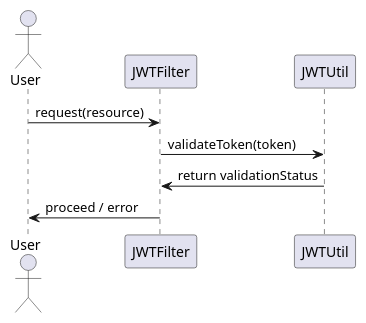
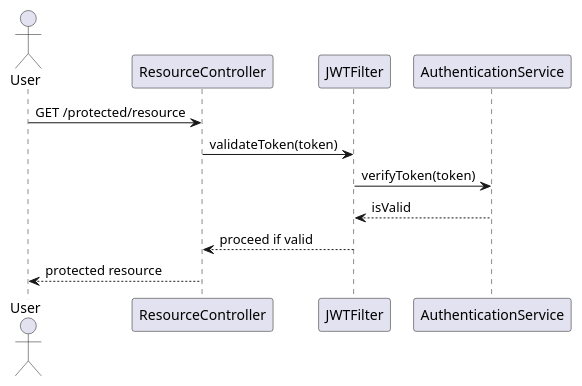
Before and after one commit to Dinesh-s95/AutoDoc.ai: the third of 4 diagrams in enrollment/documentation/detaileddesign.adoc, drawn with PlantUML. The commit also changed other lines of this file and 4 other files, not shown here.

```diff
--- a/enrollment/documentation/detaileddesign.adoc
+++ b/enrollment/documentation/detaileddesign.adoc
@@ -227,13 +220,16 @@
 [plantuml, jwt-validation-sequence, png]
 ----
 @startuml
-actor User as user
-participant "JWTFilter" as jwtFilter
-participant "JWTUtil" as jwtUtil
+actor User
+participant "ResourceController" as Resource
+participant "JWTFilter" as Filter
+participant "AuthenticationService" as AuthService
 
-user -> jwtFilter : request(resource)
-jwtFilter -> jwtUtil : validateToken(token)
-jwtUtil -> jwtFilter : return validationStatus
-jwtFilter -> user : proceed / error
+User -> Resource : GET /protected/resource
+Resource -> Filter : validateToken(token)
+Filter -> AuthService : verifyToken(token)
+AuthService --> Filter : isValid
+Filter --> Resource : proceed if valid
+Resource --> User : protected resource
 @enduml
 ----
```
